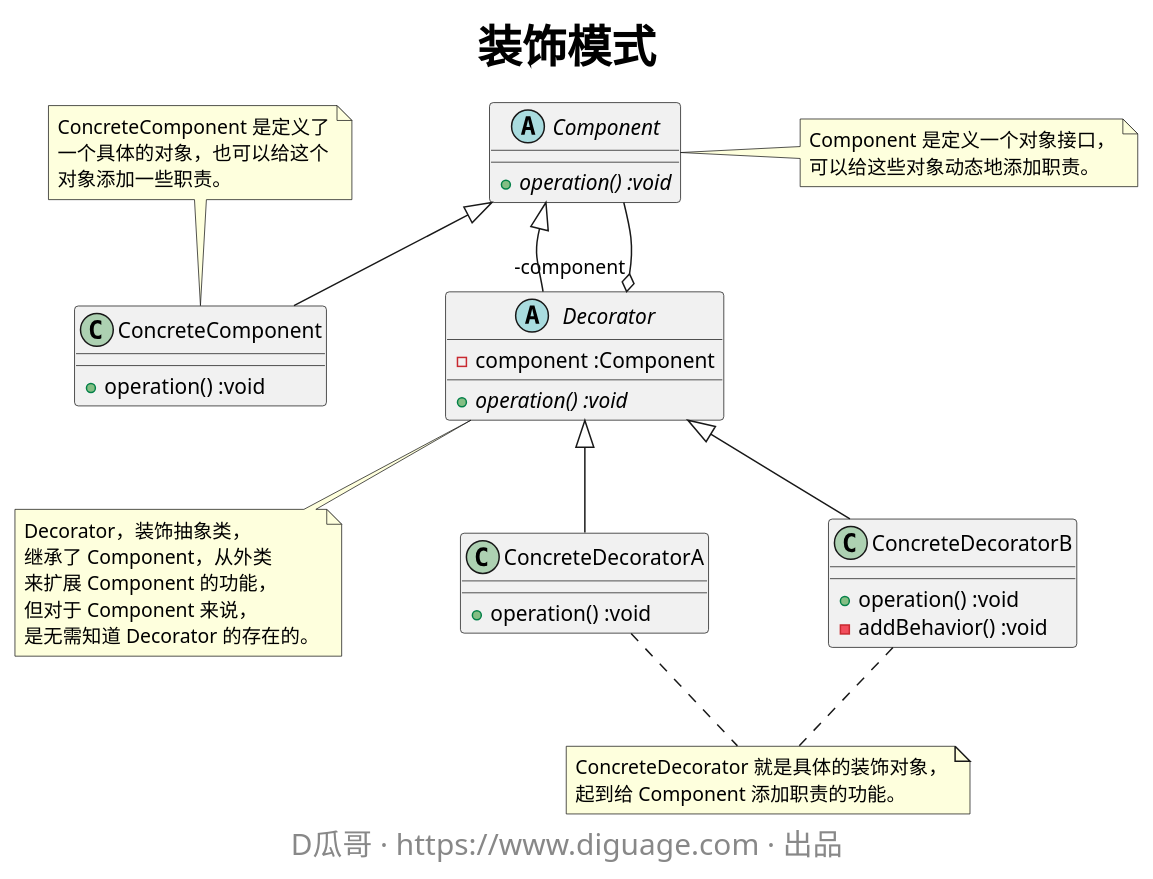
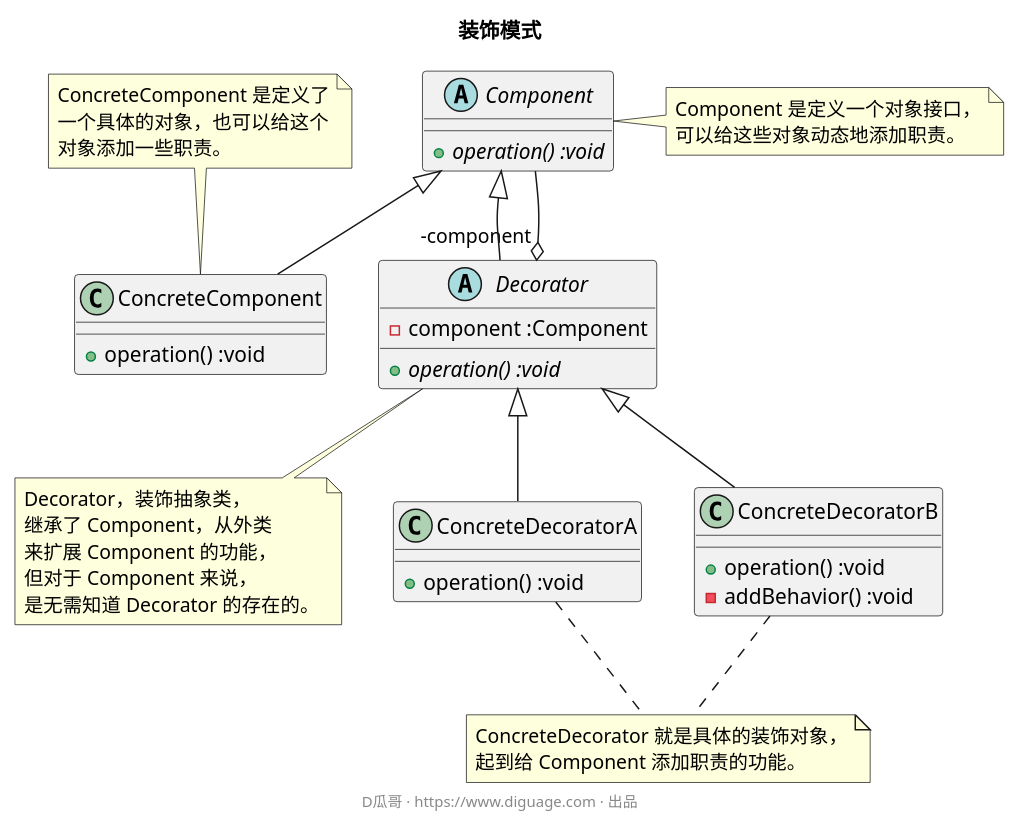
One commit to diguage/yongle changed the diagram in docs/content.adoc. Above: the diagram before and after it, drawn with PlantUML. The commit also changed other lines of this file and 7 other files, not shown here.

Commit message:
调整PlantUML等图片的样式及字体

```diff
--- a/docs/content.adoc
+++ b/docs/content.adoc
@@ -36,51 +35,47 @@
 [plantuml, {diagram_attr}]
 ....
 @startuml
-
-skinparam nodesep 80
-skinparam titleFontSize 30
-title "**<b>装饰模式</b>**"
+title "**装饰模式**"
 
 abstract class Component {
   + {abstract} operation() :void
 }
 note right: Component 是定义一个对象接口，\n可以给这些对象动态地添加职责。
 
 class ConcreteComponent {
   + operation() :void
 }
 note "ConcreteComponent 是定义了\n一个具体的对象，也可以给这个\n对象添加一些职责。" as ccn
 ccn .. ConcreteComponent
 
 abstract class Decorator {
   - component :Component
   + {abstract} operation() :void
 }
 note "Decorator，装饰抽象类，\n继承了 Component，从外类\n来扩展 Component 的功能，\n但对于 Component 来说，\n是无需知道 Decorator 的存在的。" as dn
 Decorator .. dn
 
 class ConcreteDecoratorA {
   + operation() :void
 }
 
 class ConcreteDecoratorB {
   + operation() :void
   - addBehavior() :void
 }
 note "ConcreteDecorator 就是具体的装饰对象，\n起到给 Component 添加职责的功能。" as cdn
 'cdn .. ConcreteDecoratorA
 'cdn .. ConcreteDecoratorB
 ConcreteDecoratorA .. cdn
 ConcreteDecoratorB .. cdn
 
 Decorator "-component" o-- Component
 
 Component <|-- ConcreteComponent
 Component <|-- Decorator
 Decorator <|-- ConcreteDecoratorA
 Decorator <|-- ConcreteDecoratorB
 
-skinparam footerFontSize 20
 footer D瓜哥 · https://www.diguage.com · 出品
 @enduml
 ....
```
